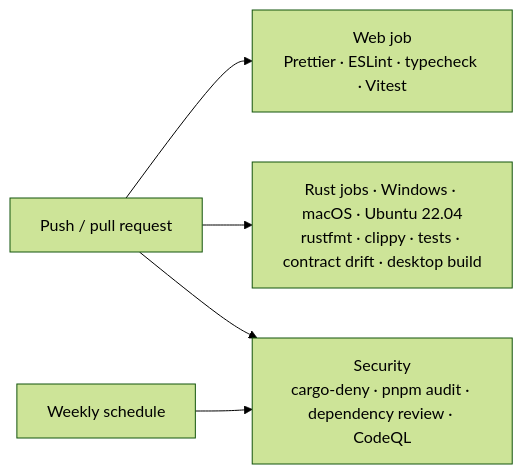
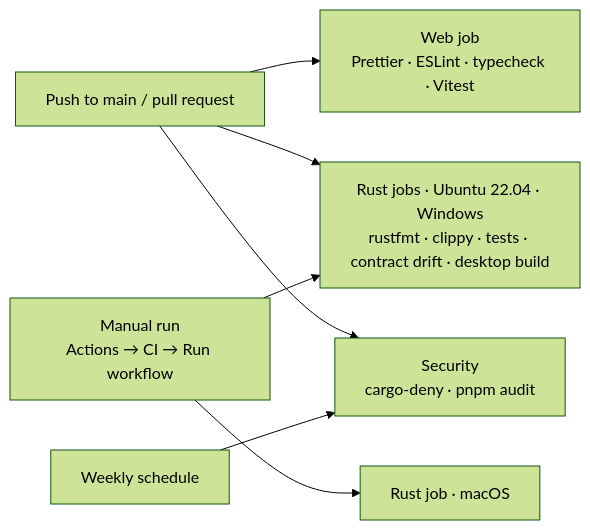
One commit to akanjb/VEYRA changed diagram 14 of 15 in README.md. Above: the diagram before and after it, drawn with Mermaid (forest theme). The commit also changed other lines of this file and 6 other files, not shown here.

````diff
--- a/README.md
+++ b/README.md
@@ -578,7 +581,9 @@
 ```mermaid
 flowchart LR
-  PR[Push / pull request] --> WEB[Web job<br/>Prettier · ESLint · typecheck · Vitest]
-  PR --> RUST[Rust jobs · Windows · macOS · Ubuntu 22.04<br/>rustfmt · clippy · tests · contract drift · desktop build]
-  PR --> SEC[Security<br/>cargo-deny · pnpm audit · dependency review · CodeQL]
+  PR[Push to main / pull request] --> WEB[Web job<br/>Prettier · ESLint · typecheck · Vitest]
+  PR --> RUST[Rust jobs · Ubuntu 22.04 · Windows<br/>rustfmt · clippy · tests · contract drift · desktop build]
+  MAN[Manual run<br/>Actions → CI → Run workflow] --> RUST
+  MAN --> MAC[Rust job · macOS]
+  PR --> SEC[Security<br/>cargo-deny · pnpm audit]
   SCHED[Weekly schedule] --> SEC
 ```
````
